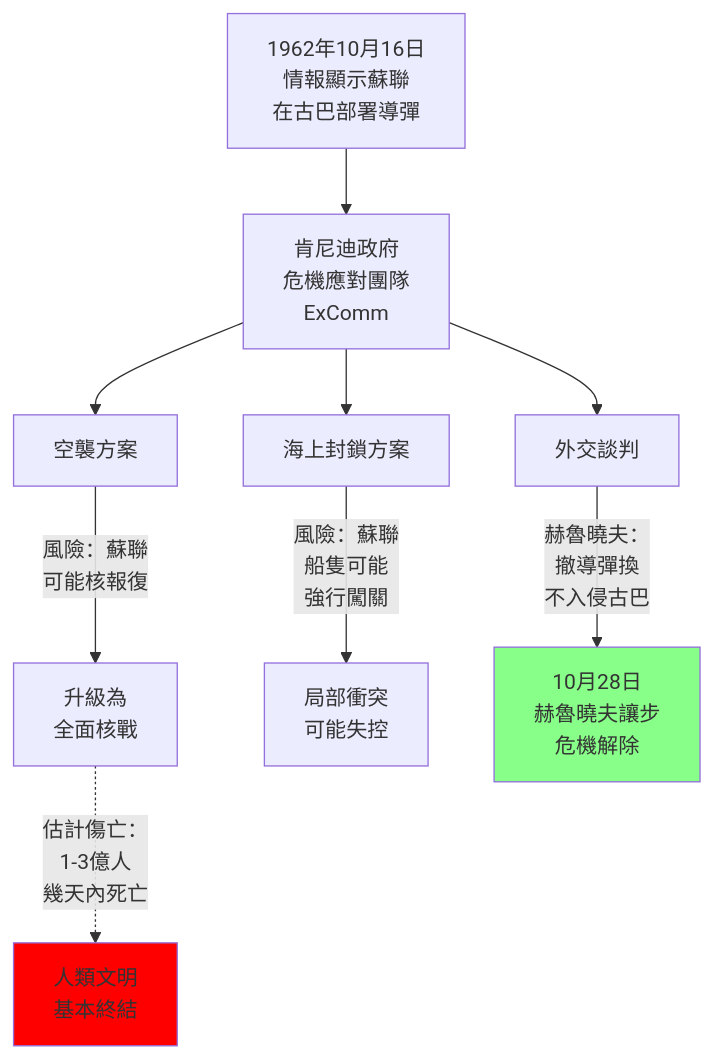
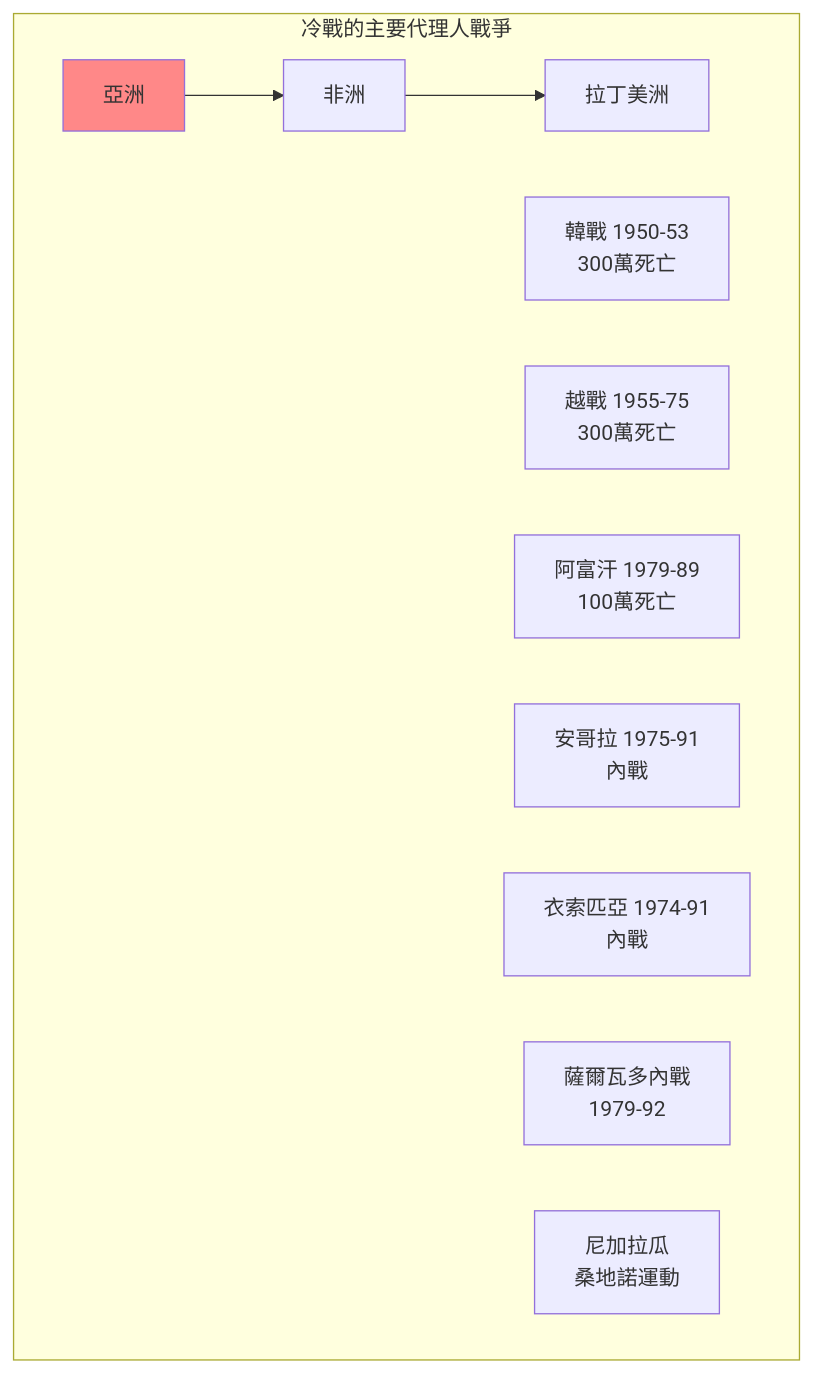
One commit to yip-lgtm/HKU-Harvard-History-Self-Study changed the second of 5 diagrams in 02_Harvard_Courses/101_Foundations/Hist47.md. Above: the diagram before and after it, drawn with Mermaid. The commit also changed other lines of this file and 65 other files, not shown here.

````diff
--- a/02_Harvard_Courses/101_Foundations/Hist47.md
+++ b/02_Harvard_Courses/101_Foundations/Hist47.md
@@ -146,21 +106,20 @@
 ```mermaid
 graph TD
-    A["1962年10月16日\n情報顯示蘇聯\n在古巴部署導彈"]
+    subgraph "冷戰的主要代理人戰爭"
+        A["亞洲"]
+        A1["韓戰 1950-53\n300萬死亡"]
+        A2["越戰 1955-75\n300萬死亡"]
+        A3["阿富汗 1979-89\n100萬死亡"]
+        
+        B["非洲"]
+        B1["安哥拉 1975-91\n內戰"]
+        B2["衣索匹亞 1974-91\n內戰"]
+        
+        C["拉丁美洲"]
+        C1["薩爾瓦多內戰\n1979-92"]
+        C2["尼加拉瓜\n桑地諾運動"]
+    end
     
-    A --> B["肯尼迪政府\n危機應對團隊\nExComm"]
-    
-    B --> C1["空襲方案"]
-    B --> C2["海上封鎖方案"]
-    B --> C3["外交談判"]
-    
-    C1 -->|"風險：蘇聯\n可能核報復"| D1["升級為\n全面核戰"]
-    
-    C2 -->|"風險：蘇聯\n船隻可能\n強行闖關"| D2["局部衝突\n可能失控"]
-    
-    C3 -->|"赫魯曉夫：\n撤導彈換\n不入侵古巴"| E["10月28日\n赫魯曉夫讓步\n危機解除"]
-    
-    D1 -.->|"估計傷亡：\n1-3億人\n幾天內死亡"| F["人類文明\n基本終結"]
-    
-    style F fill:#f00
-    style E fill:#8f8
+    A --> B --> C
+    style A fill:#f88
 ```
````
